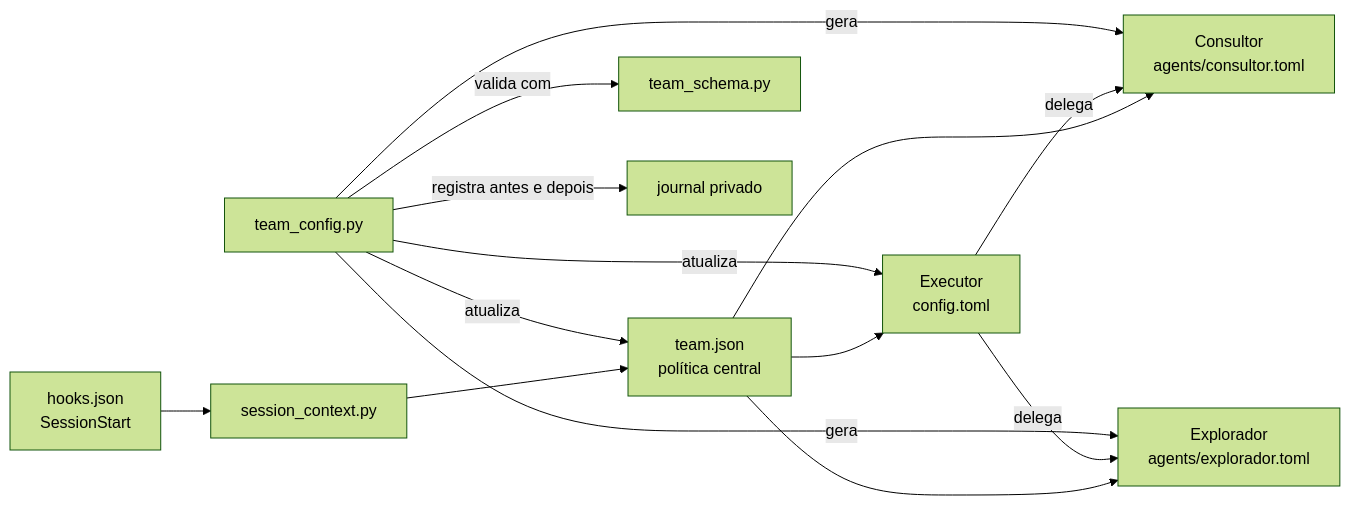
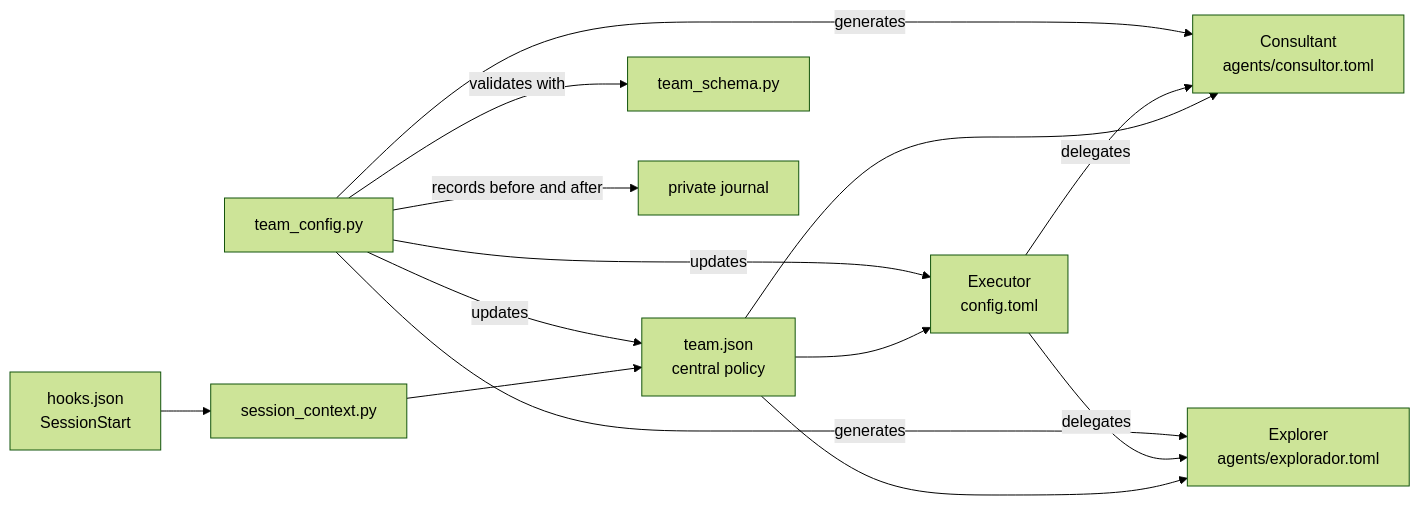
One commit to GersonDantas/agent-team-configurator changed the diagram in docs/manual-models-configuration.md. Above: the diagram before and after it, drawn with Mermaid (forest theme). The commit also changed other lines of this file and 12 other files, not shown here.

````diff
--- a/docs/manual-models-configuration.md
+++ b/docs/manual-models-configuration.md
@@ -245,19 +246,19 @@
 ```mermaid
 flowchart LR
     H["hooks.json<br/>SessionStart"] --> S["session_context.py"]
-    S --> T["team.json<br/>política central"]
+    S --> T["team.json<br/>central policy"]
 
     T --> E["Executor<br/>config.toml"]
-    T --> C["Consultor<br/>agents/consultor.toml"]
-    T --> X["Explorador<br/>agents/explorador.toml"]
+    T --> C["Consultant<br/>agents/consultor.toml"]
+    T --> X["Explorer<br/>agents/explorador.toml"]
 
-    E -->|delega| C
-    E -->|delega| X
+    E -->|delegates| C
+    E -->|delegates| X
 
-    TC["team_config.py"] -->|valida com| TS["team_schema.py"]
-    TC -->|atualiza| T
-    TC -->|gera| C
-    TC -->|gera| X
-    TC -->|atualiza| E
-    TC -->|registra antes e depois| B["journal privado"]
+    TC["team_config.py"] -->|validates with| TS["team_schema.py"]
+    TC -->|updates| T
+    TC -->|generates| C
+    TC -->|generates| X
+    TC -->|updates| E
+    TC -->|records before and after| B["private journal"]
 ```
````
